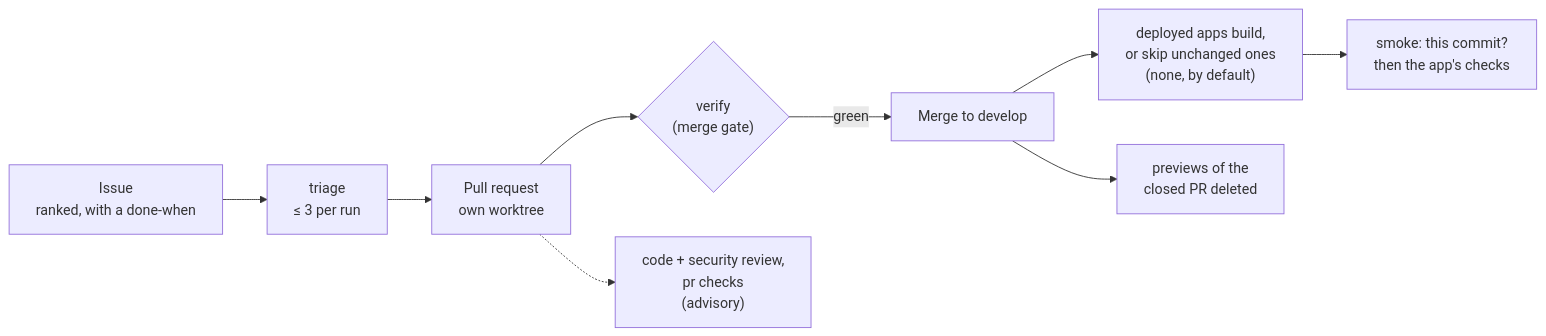
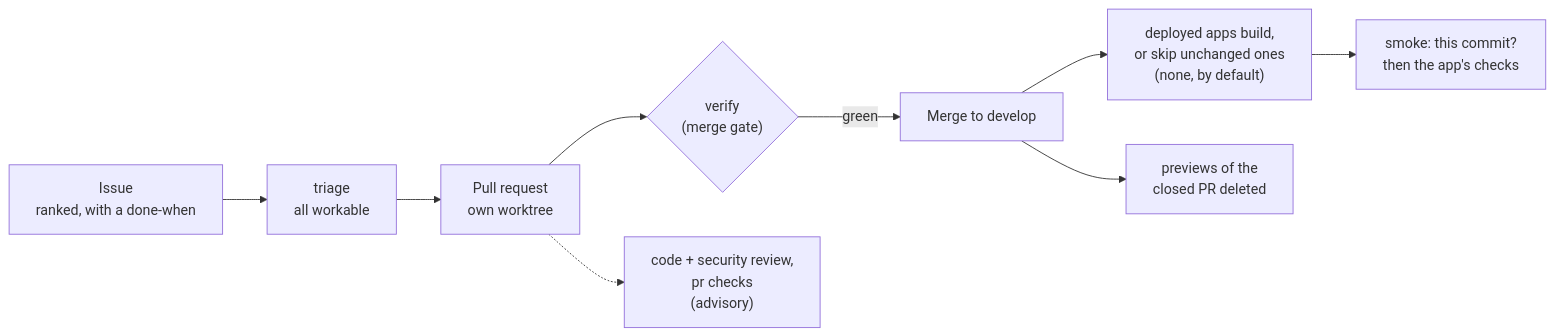
Before and after one commit to stevemarvell/boris: the second of 2 diagrams in README.md, drawn with Mermaid. The commit also changed other lines of this file and 6 other files, not shown here.

````diff
--- a/README.md
+++ b/README.md
@@ -304,11 +304,11 @@
 ```mermaid
 flowchart LR
-  issue["Issue<br/>ranked, with a done-when"] --> triage["triage<br/>≤ 3 per run"]
+  issue["Issue<br/>ranked, with a done-when"] --> triage["triage<br/>all workable"]
   triage --> pr["Pull request<br/>own worktree"]
   pr --> checks{"verify<br/>(merge gate)"}
   pr -.-> reviews["code + security review,<br/>pr checks<br/>(advisory)"]
   checks -- green --> merge[Merge to develop]
   merge --> deploy["deployed apps build,<br/>or skip unchanged ones<br/>(none, by default)"]
   deploy --> smoke["smoke: this commit?<br/>then the app's checks"]
   merge --> prune["previews of the<br/>closed PR deleted"]
 ```
````
